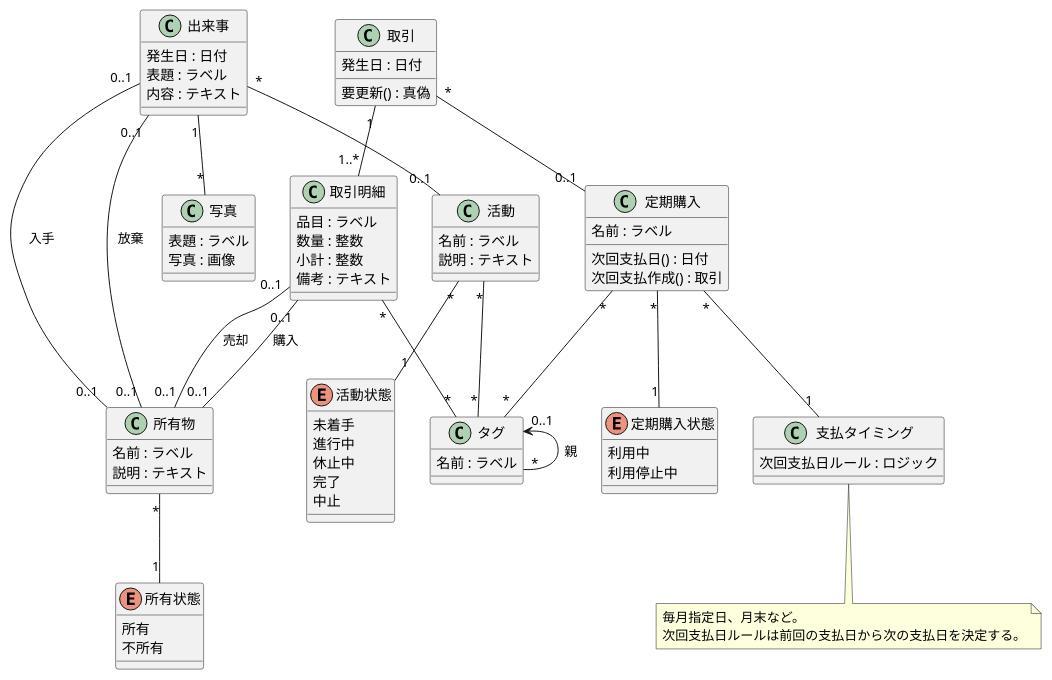
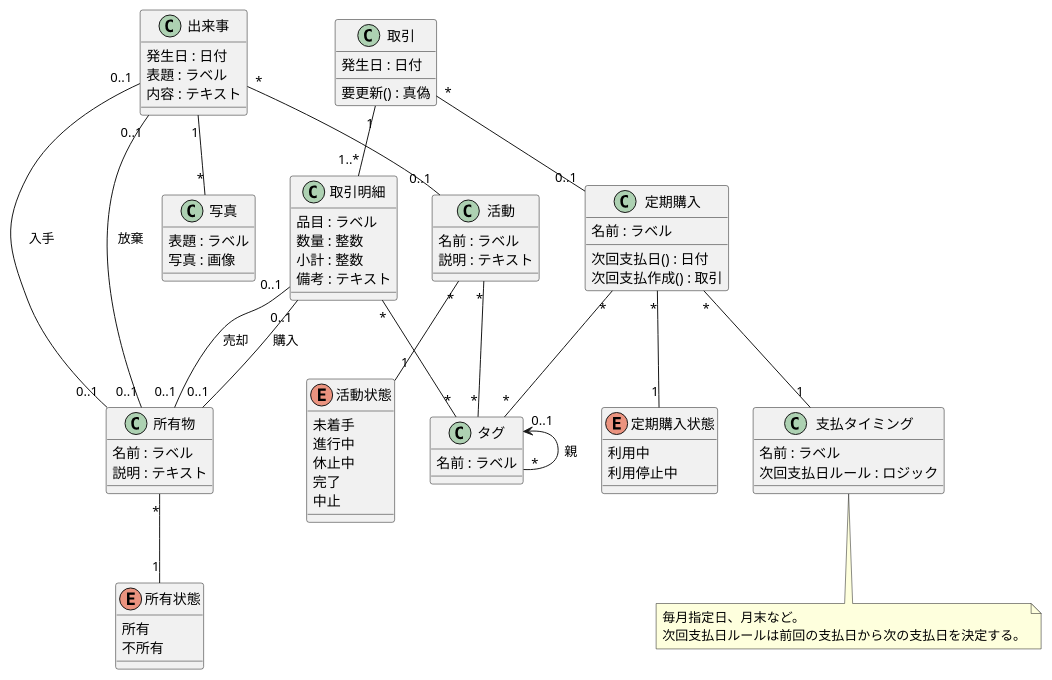
One commit to solidcopy/pridia changed the first of 14 diagrams in doc/source/entity/index.rst. Above: the diagram before and after it, drawn with PlantUML. The commit also changed 2 other files, not shown here.

Commit message:
#717 テーブルと列挙型を定義。

```diff
--- a/doc/source/entity/index.rst
+++ b/doc/source/entity/index.rst
@@ -62,6 +62,7 @@
    定期購入 "*" -- "1" 定期購入状態
 
    class 支払タイミング {
+     名前 : ラベル
      次回支払日ルール : ロジック
    }
    定期購入 "*" -- "1" 支払タイミング
```
